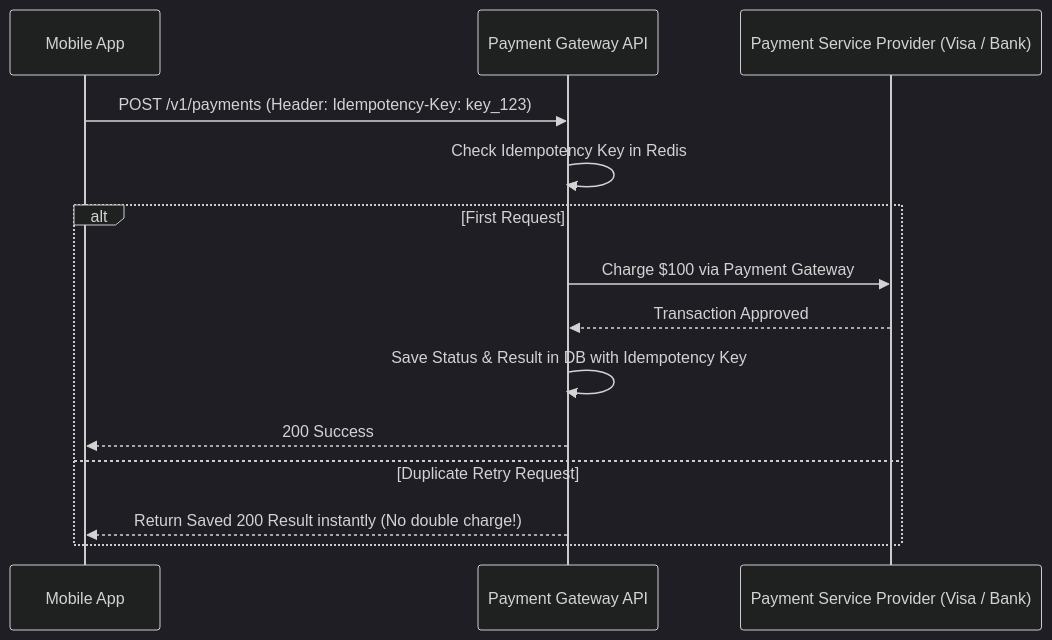
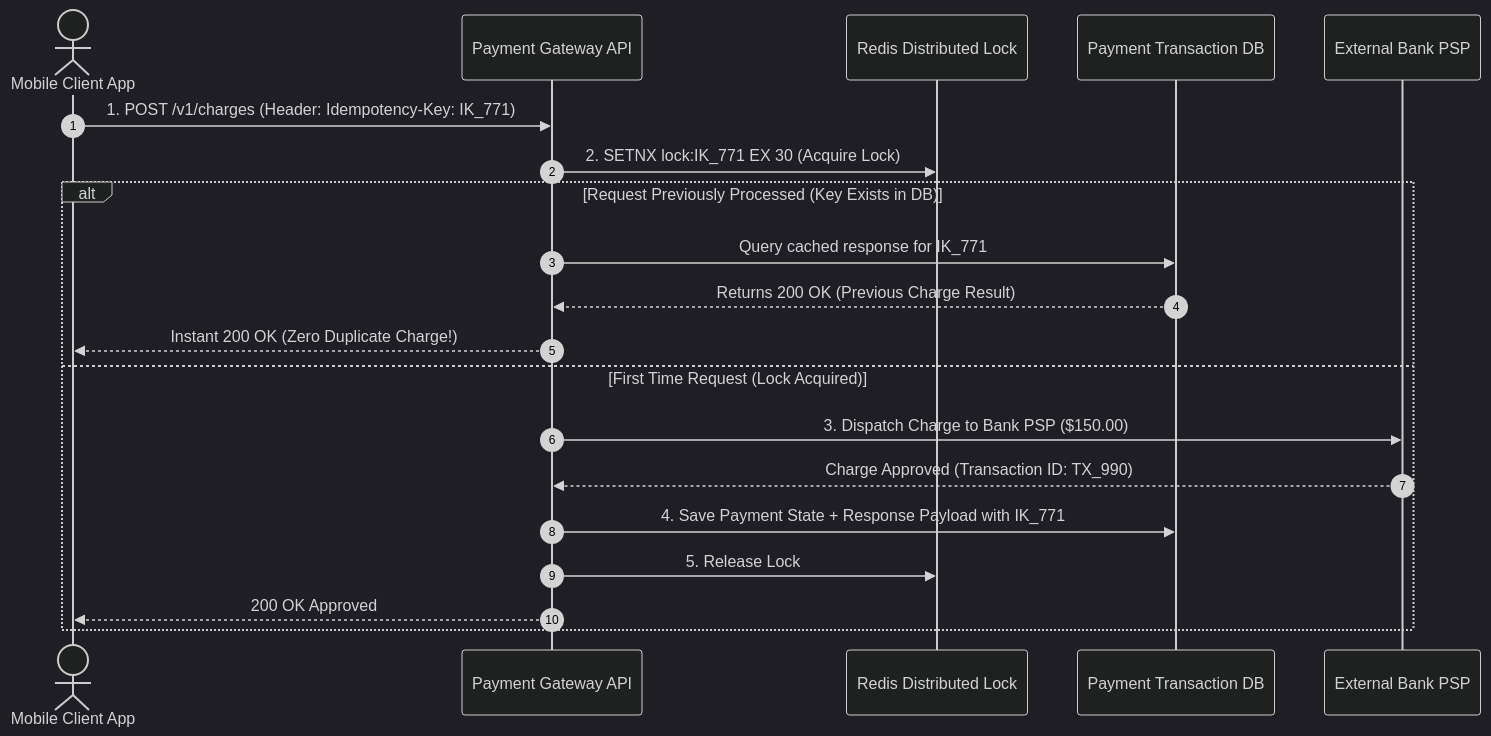
The second of 2 diagrams in system-design-notes/29-design-payment-system.md (Amie-dev/engineering-playbook), drawn with Mermaid (dark theme) before and after one commit. The commit also changed other lines of this file and 33 other files, not shown here.

````diff
--- a/system-design-notes/29-design-payment-system.md
+++ b/system-design-notes/29-design-payment-system.md
@@ -10,17 +47,24 @@
 ```mermaid
 sequenceDiagram
-    participant Client as Mobile App
-    participant Gateway as Payment Gateway API
-    participant PSP as Payment Service Provider (Visa / Bank)
+    autonumber
+    actor Client as Mobile Client App
+    participant GW as Payment Gateway API
+    participant Lock as Redis Distributed Lock
+    participant DB as Payment Transaction DB
+    participant PSP as External Bank PSP
 
-    Client->>Gateway: POST /v1/payments (Header: Idempotency-Key: key_123)
-    Gateway->>Gateway: Check Idempotency Key in Redis
-    alt First Request
-        Gateway->>PSP: Charge $100 via Payment Gateway
-        PSP-->>Gateway: Transaction Approved
-        Gateway->>Gateway: Save Status & Result in DB with Idempotency Key
-        Gateway-->>Client: 200 Success
-    else Duplicate Retry Request
-        Gateway-->>Client: Return Saved 200 Result instantly (No double charge!)
+    Client->>GW: 1. POST /v1/charges (Header: Idempotency-Key: IK_771)
+    GW->>Lock: 2. SETNX lock:IK_771 EX 30 (Acquire Lock)
+    
+    alt Request Previously Processed (Key Exists in DB)
+        GW->>DB: Query cached response for IK_771
+        DB-->>GW: Returns 200 OK (Previous Charge Result)
+        GW-->>Client: Instant 200 OK (Zero Duplicate Charge!)
+    else First Time Request (Lock Acquired)
+        GW->>PSP: 3. Dispatch Charge to Bank PSP ($150.00)
+        PSP-->>GW: Charge Approved (Transaction ID: TX_990)
+        GW->>DB: 4. Save Payment State + Response Payload with IK_771
+        GW->>Lock: 5. Release Lock
+        GW-->>Client: 200 OK Approved
     end
 ```
````
